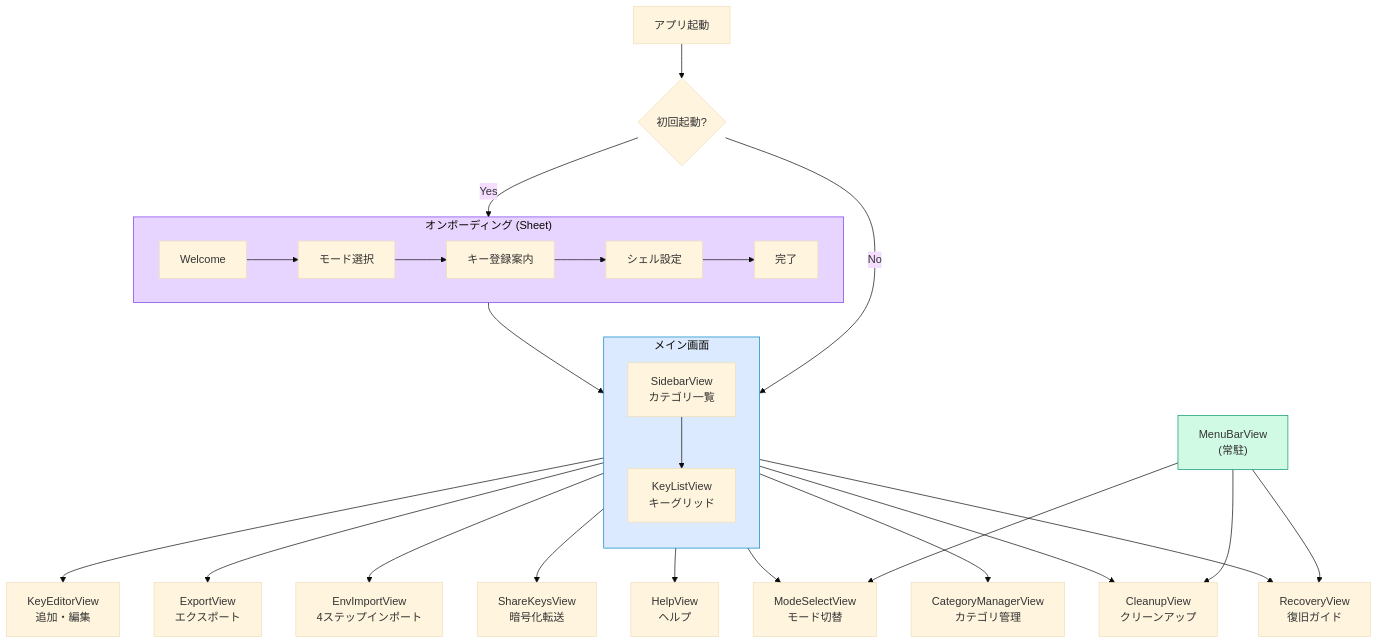
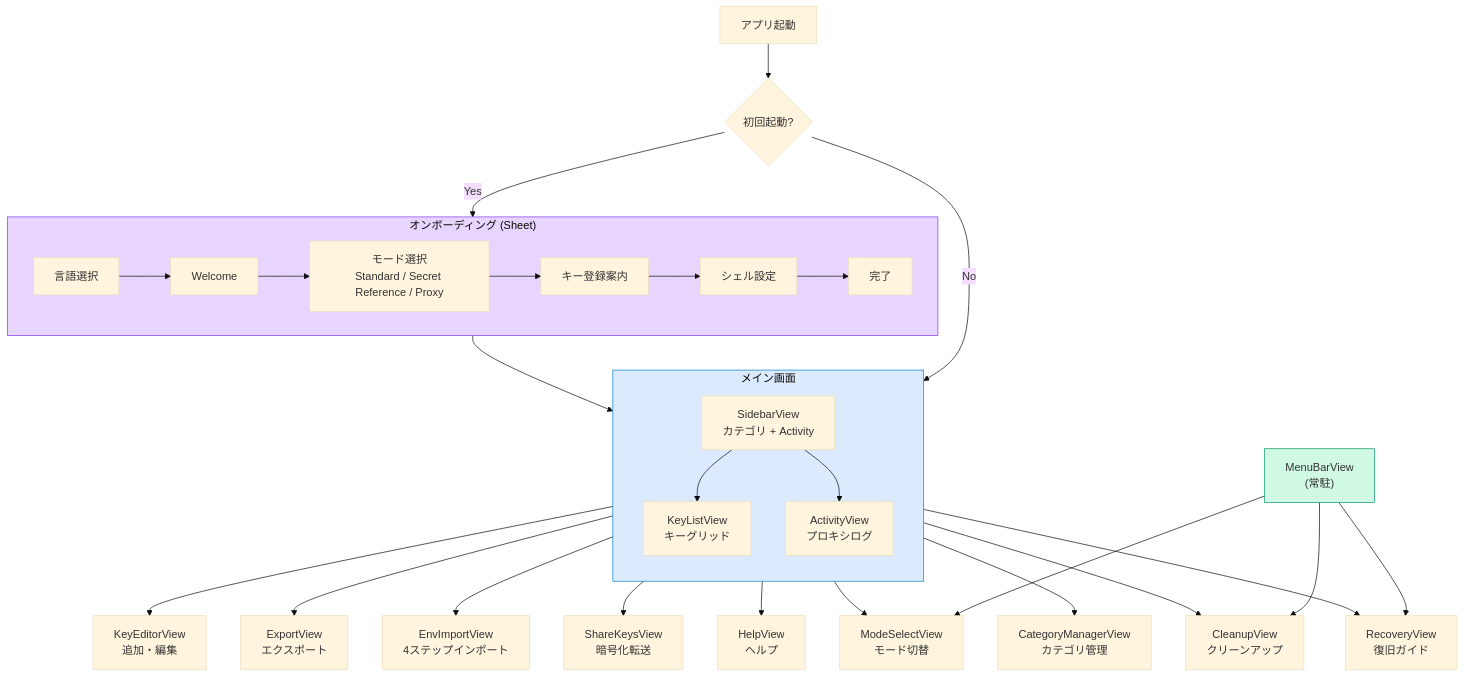
One commit to aieo-product/AIkeychain changed the diagram in docs/design/ui-ux.md. Above: the diagram before and after it, drawn with Mermaid (base theme). The commit also changed other lines of this file and 7 other files, not shown here.

````diff
--- a/docs/design/ui-ux.md
+++ b/docs/design/ui-ux.md
@@ -50,40 +48,42 @@
 ```mermaid
 graph TB
     Launch["アプリ起動"]
     Launch --> Check{初回起動?}
 
     Check -- Yes --> Onboarding
     Check -- No --> Main
 
     subgraph Onboarding["オンボーディング (Sheet)"]
-        Welcome["Welcome"] --> ModeSelect["モード選択"]
+        Language["言語選択"] --> Welcome["Welcome"]
+        Welcome --> ModeSelect["モード選択<br/>Standard / Secret Reference / Proxy"]
         ModeSelect --> RegisterKeys["キー登録案内"]
         RegisterKeys --> SetupShell["シェル設定"]
         SetupShell --> Completion["完了"]
     end
 
     Onboarding --> Main
 
     subgraph Main["メイン画面"]
         direction TB
-        Sidebar["SidebarView<br/>カテゴリ一覧"] --> KeyList["KeyListView<br/>キーグリッド"]
+        Sidebar["SidebarView<br/>カテゴリ + Activity"] --> KeyList["KeyListView<br/>キーグリッド"]
+        Sidebar --> Activity["ActivityView<br/>プロキシログ"]
     end
 
     Main --> Editor["KeyEditorView<br/>追加・編集"]
     Main --> Export["ExportView<br/>エクスポート"]
     Main --> Import["EnvImportView<br/>4ステップインポート"]
     Main --> Share["ShareKeysView<br/>暗号化転送"]
     Main --> Mode["ModeSelectView<br/>モード切替"]
     Main --> Help["HelpView<br/>ヘルプ"]
     Main --> Cleanup["CleanupView<br/>クリーンアップ"]
     Main --> Recovery["RecoveryView<br/>復旧ガイド"]
     Main --> CatMgr["CategoryManagerView<br/>カテゴリ管理"]
 
     MenuBar["MenuBarView<br/>(常駐)"] --> Mode
     MenuBar --> Recovery
     MenuBar --> Cleanup
 
     style Onboarding fill:#E8D5FF,stroke:#7C3AED
     style Main fill:#DBEAFE,stroke:#0284C7
     style MenuBar fill:#D1FAE5,stroke:#059669
 ```
````
